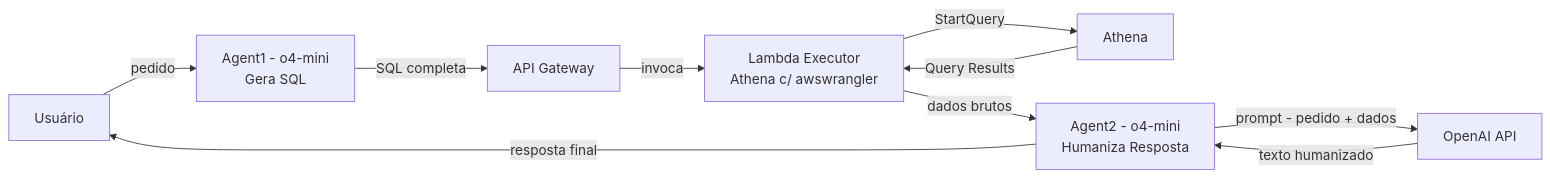
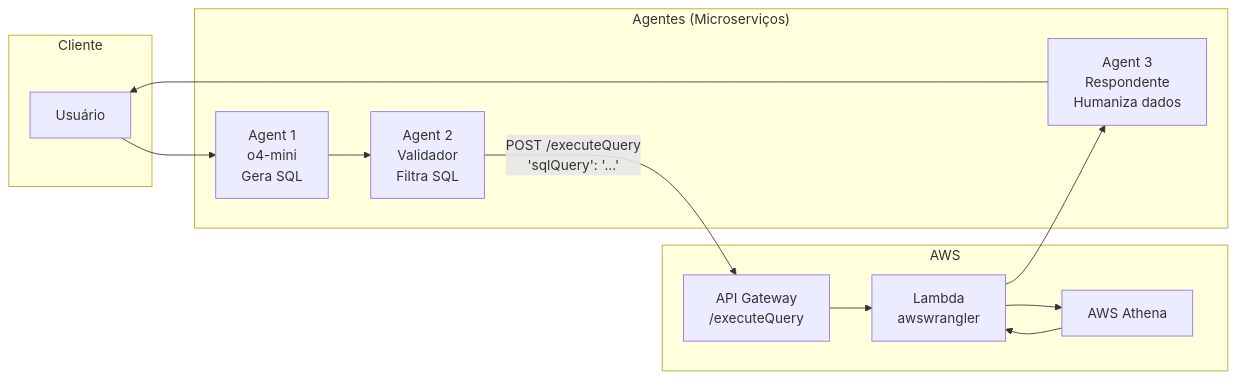
The diagram in README.md (caio-andres/sql-executor-agent), drawn with Mermaid before and after one commit.

Commit message:
chore(Mermaid): Mermaid flow updated.

````diff
--- a/README.md
+++ b/README.md
@@ -5,20 +5,29 @@
 ```mermaid
-flowchart LR
-  U[Usuário]
-  A1[Agent1 - o4-mini<br/>Gera SQL]
-  APIGW[API Gateway]
-  Exec[Lambda Executor<br/>Athena c/ awswrangler]
-  ATH[Athena]
-  A2[Agent2 - o4-mini<br/>Humaniza Resposta]
-  OAI[OpenAI API]
+graph LR
+    %% Definição de clusters/layers
+    subgraph Cliente
+      U[Usuário]
+    end
 
-  U -->|pedido| A1
-  A1 -->|SQL completa| APIGW
-  APIGW -->|invoca| Exec
-  Exec -->|StartQuery| ATH
-  ATH -->|Query Results| Exec
-  Exec -->|dados brutos| A2
-  A2 -->|prompt - pedido + dados | OAI
-  OAI -->|texto humanizado| A2
-  A2 -->|resposta final| U
+    subgraph "Agentes (Microserviços)"
+      A1[Agent 1<br/>o4-mini<br/>Gera SQL]
+      A2[Agent 2<br/>Validador<br/>Filtra SQL]
+      A3[Agent 3<br/>Respondente<br/>Humaniza dados]
+    end
+
+    subgraph AWS
+      APIGW[API Gateway<br/>/executeQuery]
+      LambdaExec[Lambda<br/>awswrangler]
+      Athena[AWS Athena]
+    end
+
+    %% Fluxo de dados
+    U --> A1
+    A1 --> A2
+    A2 -->|POST /executeQuery<br/>'sqlQuery': '...'| APIGW
+    APIGW --> LambdaExec
+    LambdaExec --> Athena
+    Athena --> LambdaExec
+    LambdaExec --> A3
+    A3 --> U
 ```
````
